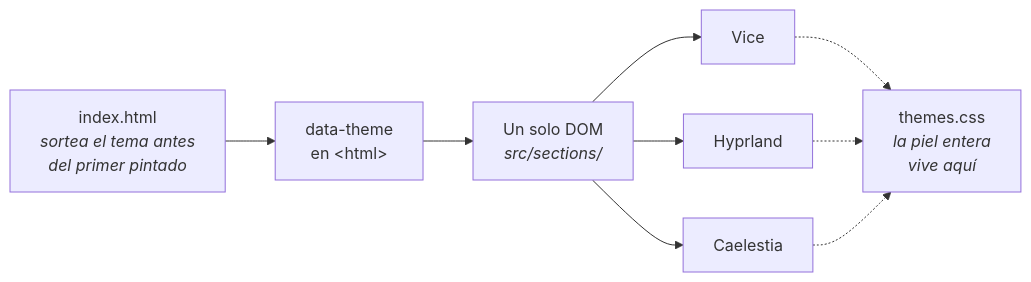
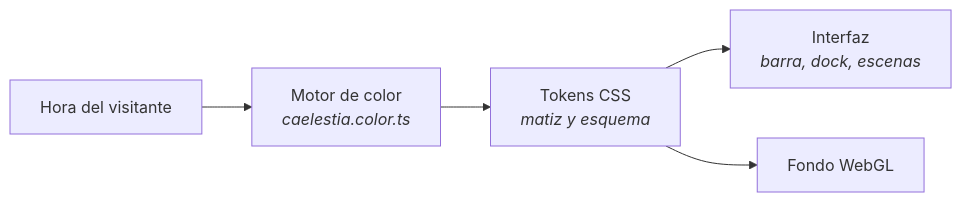
One commit to Aoshi346/portfolio-aoshi changed the first of 2 diagrams in README.md. Above: the diagram before and after it, drawn with Mermaid. The commit also changed other lines of this file and 6 other files, not shown here.

First line of the commit message:
docs: README, CLAUDE.md y estado de los temas pasan a un solo tema

````diff
--- a/README.md
+++ b/README.md
@@ -53,11 +40,7 @@
 ```mermaid
 flowchart LR
-    A["index.html<br/><i>sortea el tema antes<br/>del primer pintado</i>"] --> B["data-theme<br/>en &lt;html&gt;"]
-    B --> C["Un solo DOM<br/><i>src/sections/</i>"]
-    C --> V["Vice"]
-    C --> H["Hyprland"]
-    C --> K["Caelestia"]
-    V -.-> S["themes.css<br/><i>la piel entera<br/>vive aquí</i>"]
-    H -.-> S
-    K -.-> S
+    R["Hora del visitante"] --> C["Motor de color<br/><i>caelestia.color.ts</i>"]
+    C --> T["Tokens CSS<br/><i>matiz y esquema</i>"]
+    T --> I["Interfaz<br/><i>barra, dock, escenas</i>"]
+    T --> F["Fondo WebGL"]
 ```
````
